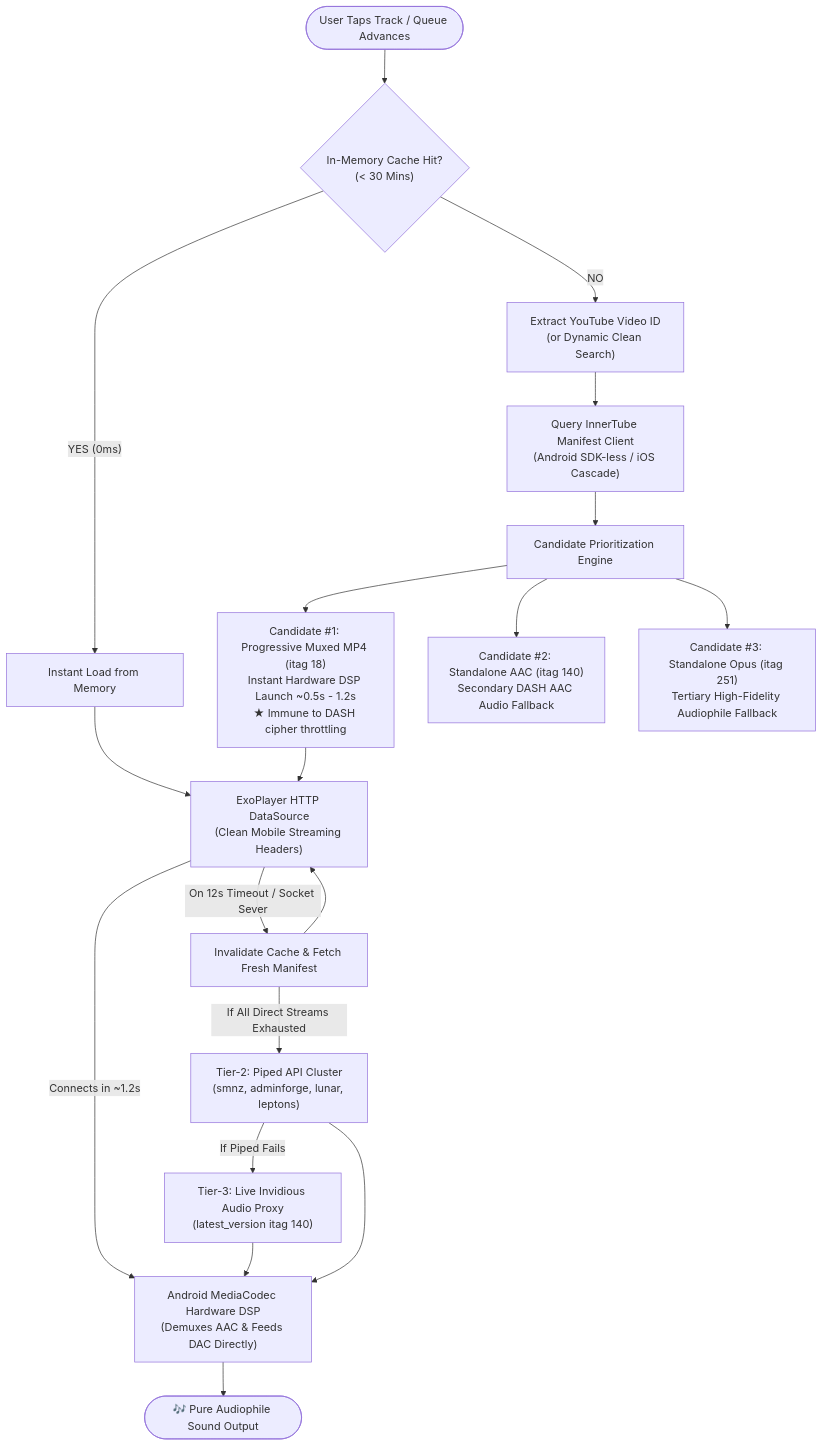
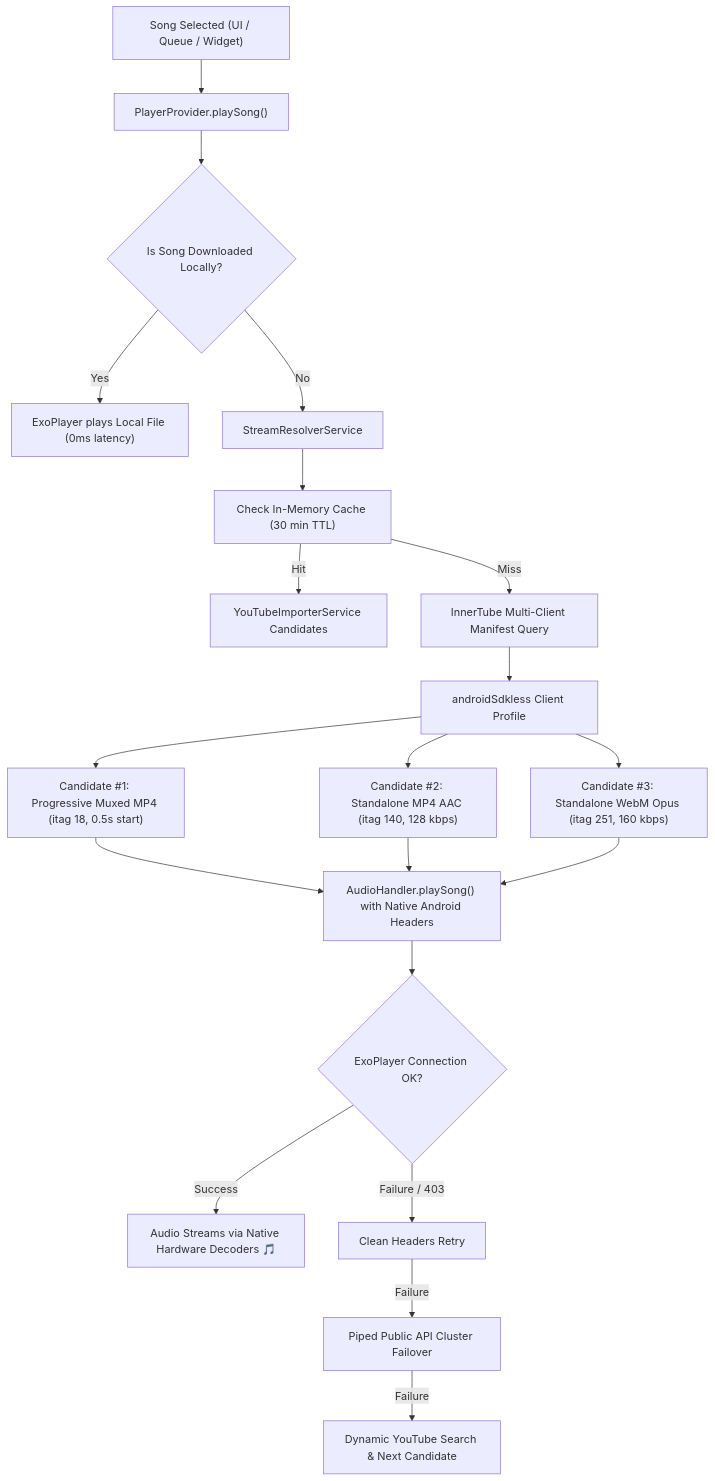
One commit to taezeem14/Sine changed the diagram in README.md. Above: the diagram before and after it, drawn with Mermaid. The commit also changed other lines of this file and 14 other files, not shown here.

Commit message:
fix(audio): resolve ExoPlayer playback failure, prioritize progressive MP4 streams, and add FOSS / F-Droid metadata

````diff
--- a/README.md
+++ b/README.md
@@ -171,27 +89,23 @@
 ```mermaid
 flowchart TD
-    UserTap(["User Taps Track / Queue Advances"]) --> CheckCache{"In-Memory Cache Hit?<br/>(&lt; 30 Mins)"}
-    
-    CheckCache -- "YES (0ms)" --> InstantLoad["Instant Load from Memory"]
-    CheckCache -- "NO" --> ExtractYT["Extract YouTube Video ID<br/>(or Dynamic Clean Search)"]
-    
-    ExtractYT --> InnerTube["Query InnerTube Manifest Client<br/>(Android SDK-less / iOS Cascade)"]
-    
-    InnerTube --> Candidates["Candidate Prioritization Engine"]
-    Candidates --> C1["Candidate #1: Progressive Muxed MP4 (itag 18)<br/>Instant Hardware DSP Launch ~0.5s - 1.2s<br/>★ Immune to DASH cipher throttling"]
-    Candidates --> C2["Candidate #2: Standalone AAC (itag 140)<br/>Secondary DASH AAC Audio Fallback"]
-    Candidates --> C3["Candidate #3: Standalone Opus (itag 251)<br/>Tertiary High-Fidelity Audiophile Fallback"]
-    
-    C1 --> ExoConnect["ExoPlayer HTTP DataSource<br/>(Clean Mobile Streaming Headers)"]
-    InstantLoad --> ExoConnect
-    
-    ExoConnect -- "Connects in ~1.2s" --> DSP["Android MediaCodec Hardware DSP<br/>(Demuxes AAC & Feeds DAC Directly)"]
-    DSP --> AudioOut(["🎶 Pure Audiophile Sound Output"])
-    
-    ExoConnect -- "On 12s Timeout / Socket Sever" --> FreshResolve["Invalidate Cache & Fetch Fresh Manifest"]
-    FreshResolve --> ExoConnect
-    FreshResolve -- "If All Direct Streams Exhausted" --> Piped["Tier-2: Piped API Cluster<br/>(smnz, adminforge, lunar, leptons)"]
-    Piped -- "If Piped Fails" --> Invidious["Tier-3: Live Invidious Audio Proxy<br/>(latest_version itag 140)"]
-    Piped --> DSP
-    Invidious --> DSP
+    A["Song Selected (UI / Queue / Widget)"] --> B["PlayerProvider.playSong()"]
+    B --> C{"Is Song Downloaded Locally?"}
+    C -- "Yes" --> D["ExoPlayer plays Local File (0ms latency)"]
+    C -- "No" --> E["StreamResolverService"]
+
+    E --> F["Check In-Memory Cache (30 min TTL)"]
+    F -- "Hit" --> G["YouTubeImporterService Candidates"]
+    F -- "Miss" --> H["InnerTube Multi-Client Manifest Query"]
+
+    H --> I["androidSdkless Client Profile"]
+    I --> J["Candidate #1: Progressive Muxed MP4 (itag 18, 0.5s start)"]
+    I --> K["Candidate #2: Standalone MP4 AAC (itag 140, 128 kbps)"]
+    I --> L["Candidate #3: Standalone WebM Opus (itag 251, 160 kbps)"]
+
+    J & K & L --> M["AudioHandler.playSong() with Native Android Headers"]
+    M --> N{"ExoPlayer Connection OK?"}
+    N -- "Success" --> O["Audio Streams via Native Hardware Decoders 🎵"]
+    N -- "Failure / 403" --> P["Clean Headers Retry"]
+    P -- "Failure" --> Q["Piped Public API Cluster Failover"]
+    Q -- "Failure" --> R["Dynamic YouTube Search & Next Candidate"]
 ```
````
